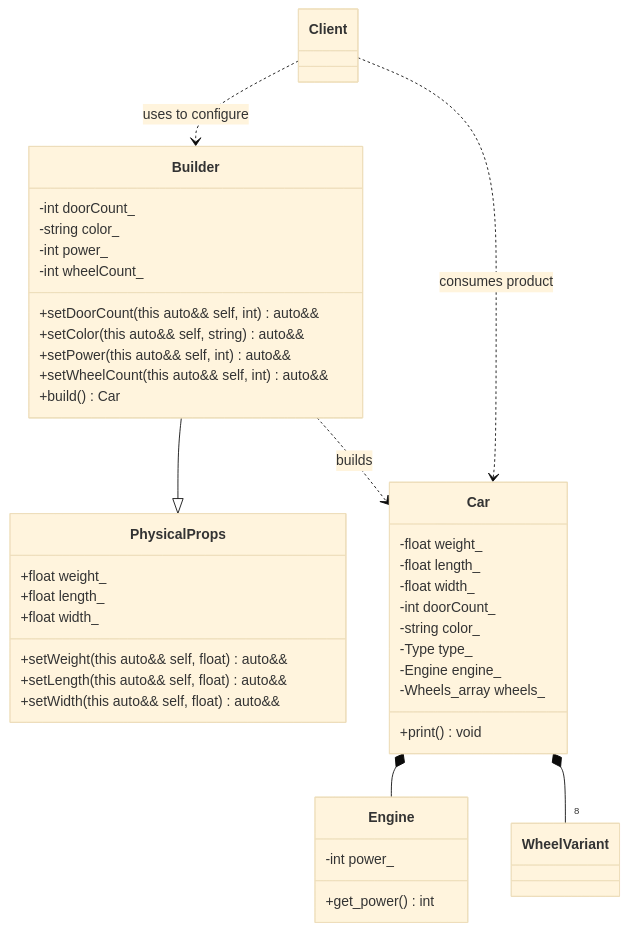
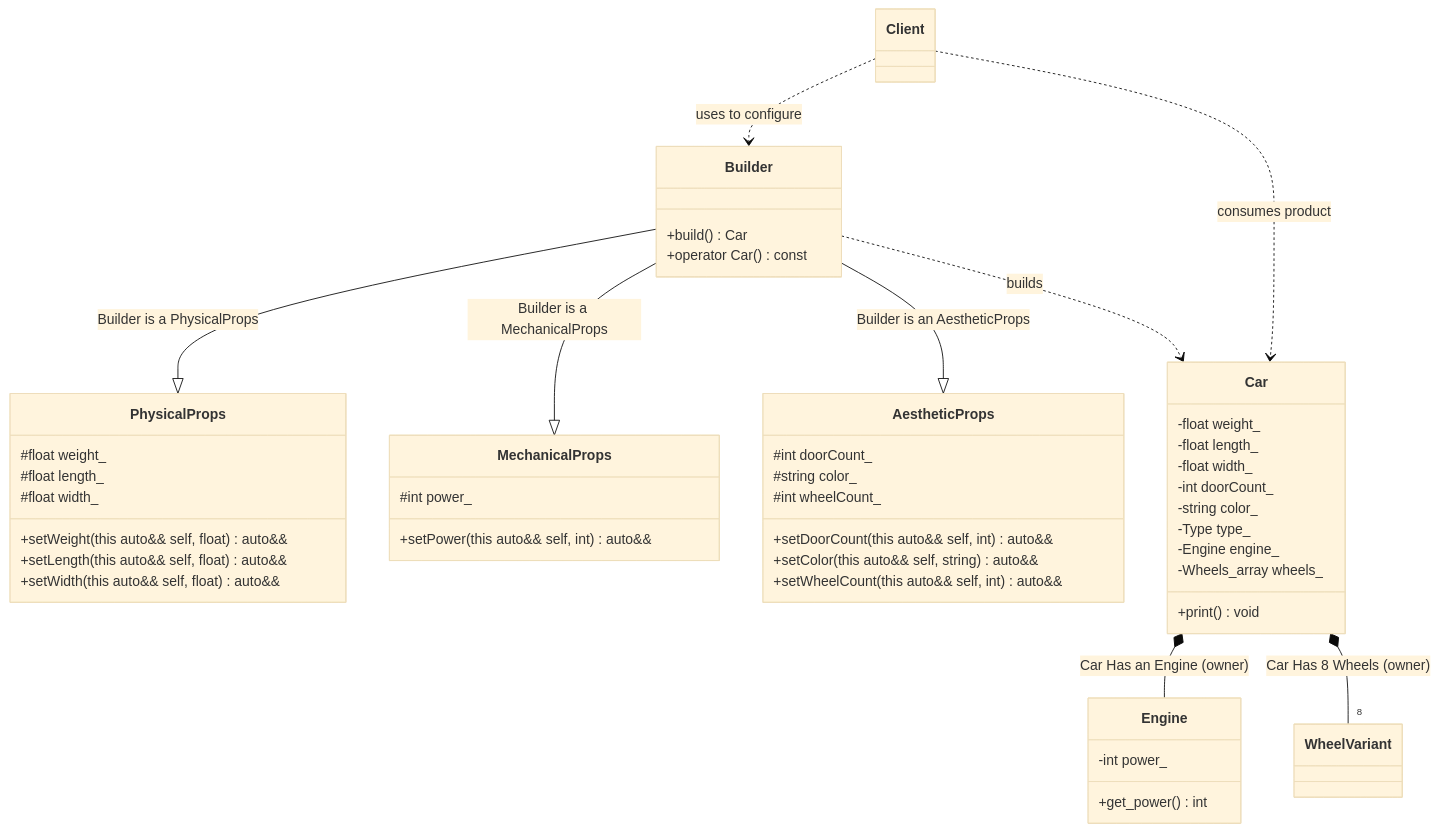
Before and after one commit to MarioGalindoQ/Modern-CPP-Design-Patterns: the diagram in 01_Builder/03_Static_Deducing_this/diagram.md, drawn with Mermaid (base theme). The commit also changed other lines of this file and 3 other files, not shown here.

````diff
--- a/01_Builder/03_Static_Deducing_this/diagram.md
+++ b/01_Builder/03_Static_Deducing_this/diagram.md
@@ -3,52 +3,61 @@
 ```mermaid
 classDiagram
    class Car {
       -float weight_
       -float length_
       -float width_
       -int doorCount_
       -string color_
       -Type type_
       -Engine engine_
       -Wheels_array wheels_
       +print() void
    }
 
    class Engine {
       -int power_
       +get_power() int
    }
 
    class PhysicalProps {
-      +float weight_
-      +float length_
-      +float width_
+      #float weight_
+      #float length_
+      #float width_
       +setWeight(this auto&& self, float) auto&&
       +setLength(this auto&& self, float) auto&&
       +setWidth(this auto&& self, float) auto&&
    }
 
-   class Builder {
-      -int doorCount_
-      -string color_
-      -int power_
-      -int wheelCount_
+   class MechanicalProps {
+      #int power_
+      +setPower(this auto&& self, int) auto&&
+   }
+
+   class AestheticProps {
+      #int doorCount_
+      #string color_
+      #int wheelCount_
       +setDoorCount(this auto&& self, int) auto&&
       +setColor(this auto&& self, string) auto&&
-      +setPower(this auto&& self, int) auto&&
       +setWheelCount(this auto&& self, int) auto&&
-      +build() Car
    }
 
-   %% Hierarchical Builder Relationship
-   Builder --|> PhysicalProps
+   class Builder {
+      +build() Car
+      +operator Car() const
+   }
+
+   %% Multi-Mixin Inheritance based on your symbology
+   Builder --|> PhysicalProps : Builder is a PhysicalProps
+   Builder --|> MechanicalProps : Builder is a MechanicalProps
+   Builder --|> AestheticProps : Builder is an AestheticProps
 
    %% Car Composition
-   Car *-- Engine
-   Car *-- "8" WheelVariant
+   Car *-- Engine : Car Has an Engine (owner)
+   Car *-- "8" WheelVariant : Car Has 8 Wheels (owner)
 
    %% Dependencies
    Builder ..> Car : builds
    Client ..> Builder : uses to configure
    Client ..> Car : consumes product
 ```
````
